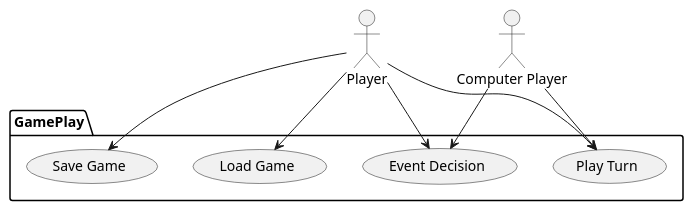
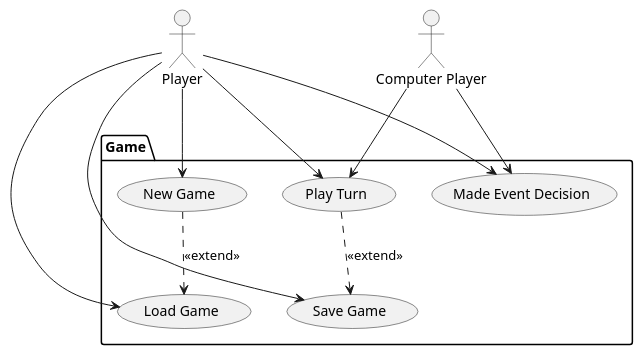
Before and after one commit to CSE-362-2025/BoardGameProject: the diagram in diagrams/use_case_diagram.puml, drawn with PlantUML.

Commit message:
use case diagram

```diff
--- a/diagrams/use_case_diagram.puml
+++ b/diagrams/use_case_diagram.puml
@@ -1,23 +1,28 @@
 @startuml Use Case Diagram
 
 :Player: as p
 :Computer Player: as cp
 
-package GamePlay{
+package Game{
     (Play Turn) as pt
     (Save Game) as sg
     (Load Game) as lg
-    (Event Decision) as ed
+    (Made Event Decision) as ed
+    (New Game) as ng
+
 }
 
 
 p --> pt
 p --> ed
 p --> lg
 p --> sg
+p --> ng
 
 cp --> ed
 cp --> pt
 
+pt ..> sg: <<extend>>
+ng ..> lg: <<extend>>
 
 @enduml
```
